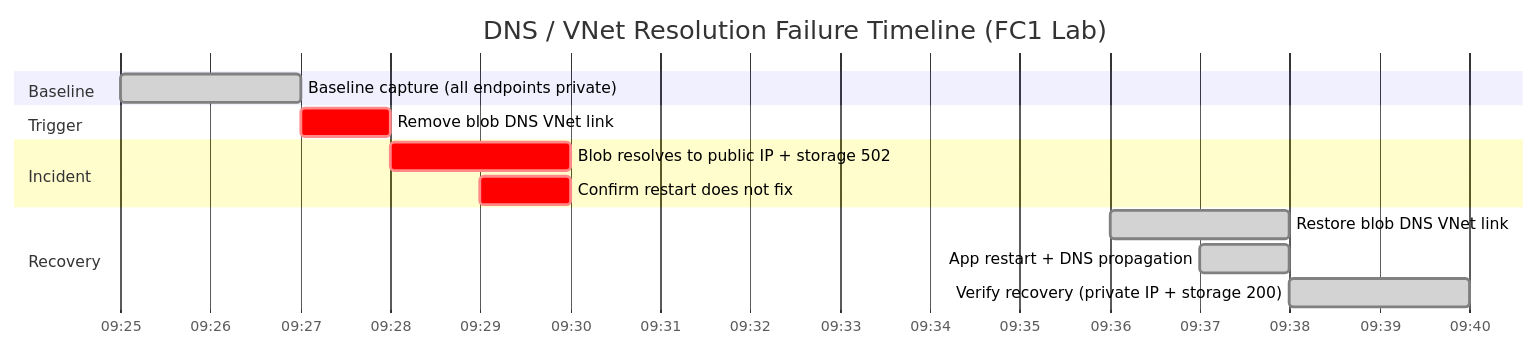
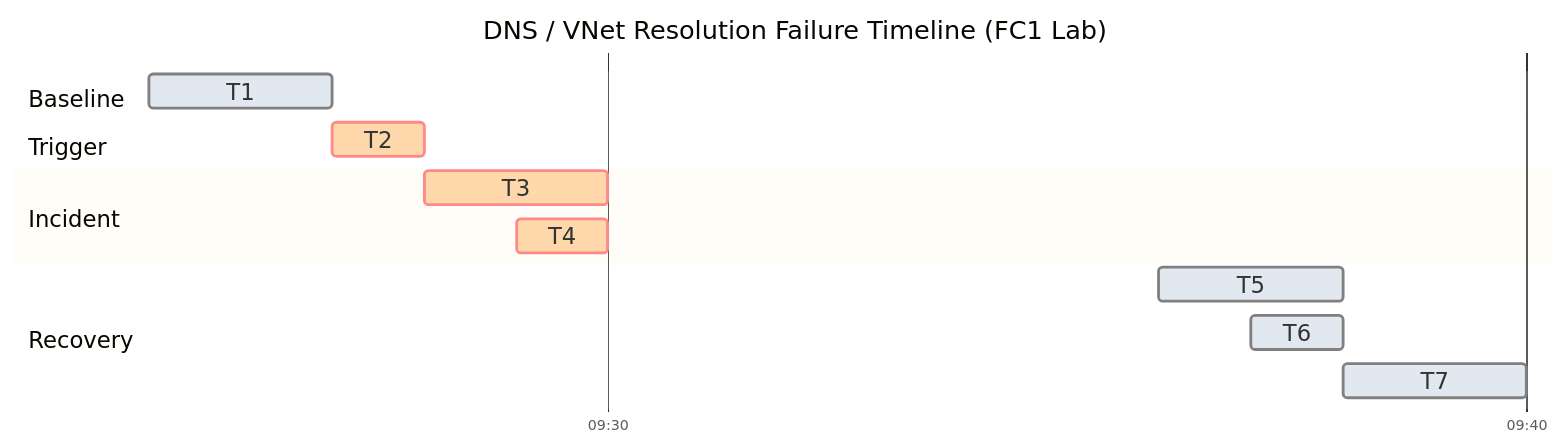
Before and after one commit to yeongseon/azure-functions-practical-guide: the fifth of 5 diagrams in docs/troubleshooting/lab-guides/dns-vnet-resolution.md, drawn with Mermaid. The commit also changed other lines of this file and 1 other file, not shown here.

First line of the commit message:
docs(diagrams): migrate Functions lab storage network auth — dns vnet resolution (#450)

````diff
--- a/docs/troubleshooting/lab-guides/dns-vnet-resolution.md
+++ b/docs/troubleshooting/lab-guides/dns-vnet-resolution.md
@@ -843,17 +891,21 @@
 ```mermaid
+%%{init: {"gantt":{"fontSize":16,"sectionFontSize":16,"leftPadding":95,"rightPadding":35,"barHeight":24,"barGap":10},"theme":"base","themeVariables":{"doneTaskBkgColor":"#e2e8f0","critBkgColor":"#fed7aa","taskBkgColor":"#e2e8f0"},"themeCSS":".grid .tick text{font-size:16px;fill:var(--md-default-fg-color);} .section{opacity:0;} .titleText{font-size:14px;fill:var(--md-default-fg-color);} .sectionTitle{fill:var(--md-default-fg-color);} .taskTextOutsideLeft,.taskTextOutsideRight{fill:var(--md-default-fg-color)!important;} .taskText{fill:#14202e!important;}"}}%%
 gantt
+    accTitle: FC1 lab DNS failure evidence timeline
+    accDescr: Original reported Baseline, Trigger, Incident and Recovery phases with seven unchanged tasks and timestamps. T1 through T7 expand in the adjacent key. This visualization does not recertify the historical lab run.
     title DNS / VNet Resolution Failure Timeline (FC1 Lab)
     dateFormat  HH:mm
     axisFormat  %H:%M
+    tickInterval 10minute
     section Baseline
-    Baseline capture (all endpoints private)    :done, b1, 09:25, 2m
+    T1 :done, b1, 09:25, 2m
     section Trigger
-    Remove blob DNS VNet link                   :crit, t1, 09:27, 1m
+    T2 :crit, t1, 09:27, 1m
     section Incident
-    Blob resolves to public IP + storage 502    :crit, i1, 09:28, 2m
-    Confirm restart does not fix                :crit, i2, 09:29, 1m
+    T3 :crit, i1, 09:28, 2m
+    T4 :crit, i2, 09:29, 1m
     section Recovery
-    Restore blob DNS VNet link                  :done, r1, 09:36, 2m
-    App restart + DNS propagation               :done, r2, 09:37, 1m
-    Verify recovery (private IP + storage 200)  :done, r3, 09:38, 2m
+    T5 :done, r1, 09:36, 2m
+    T6 :done, r2, 09:37, 1m
+    T7 :done, r3, 09:38, 2m
 ```
````
